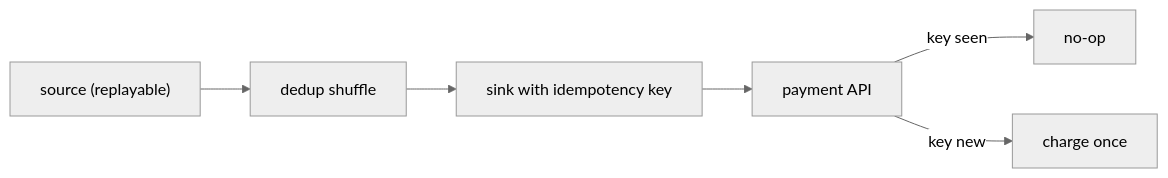
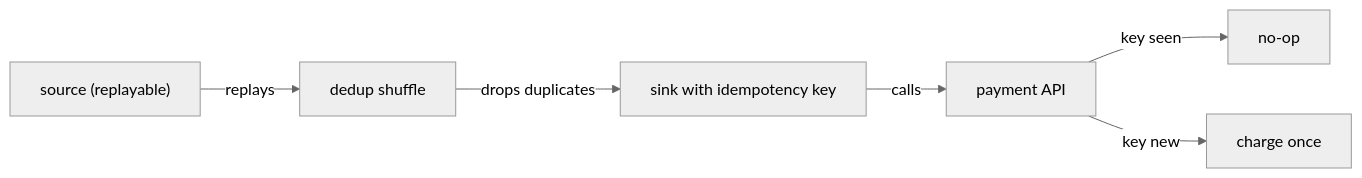
One commit to vinayakuber/streaming-systems-study-guide changed diagram 11 of 19 in docs/ch05-exactly-once-and-side-effects.md. Above: the diagram before and after it, drawn with Mermaid (neutral theme). The commit also changed other lines of this file and 22 other files, not shown here.

First line of the commit message:
R18: label every diagram arrow with its meaning

````diff
--- a/docs/ch05-exactly-once-and-side-effects.md
+++ b/docs/ch05-exactly-once-and-side-effects.md
@@ -299,8 +299,8 @@
 ```mermaid
 flowchart LR
-  S["source (replayable)"] --> D["dedup shuffle"]
-  D --> K["sink with idempotency key"]
-  K --> P["payment API"]
+  S["source (replayable)"] -->|"replays"| D["dedup shuffle"]
+  D -->|"drops duplicates"| K["sink with idempotency key"]
+  K -->|"calls"| P["payment API"]
   P -->|key seen| N["no-op"]
   P -->|key new| C["charge once"]
 ```
````
